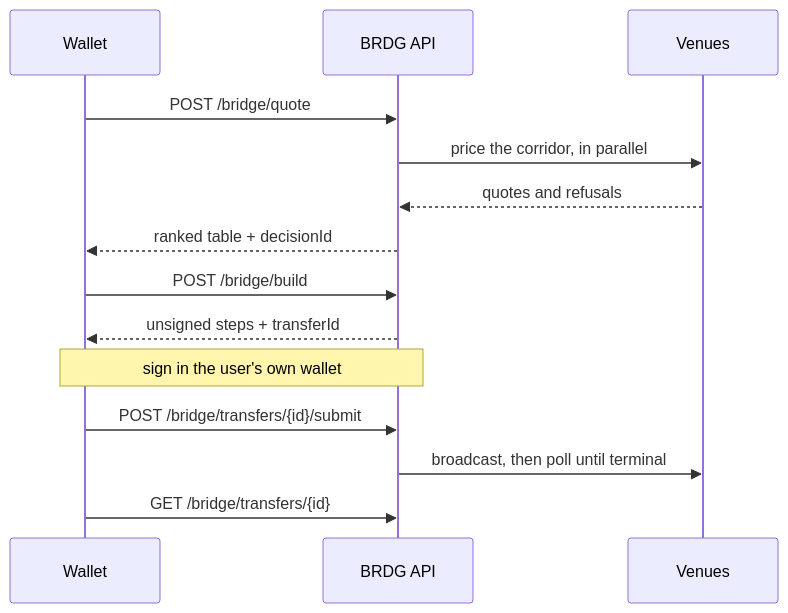
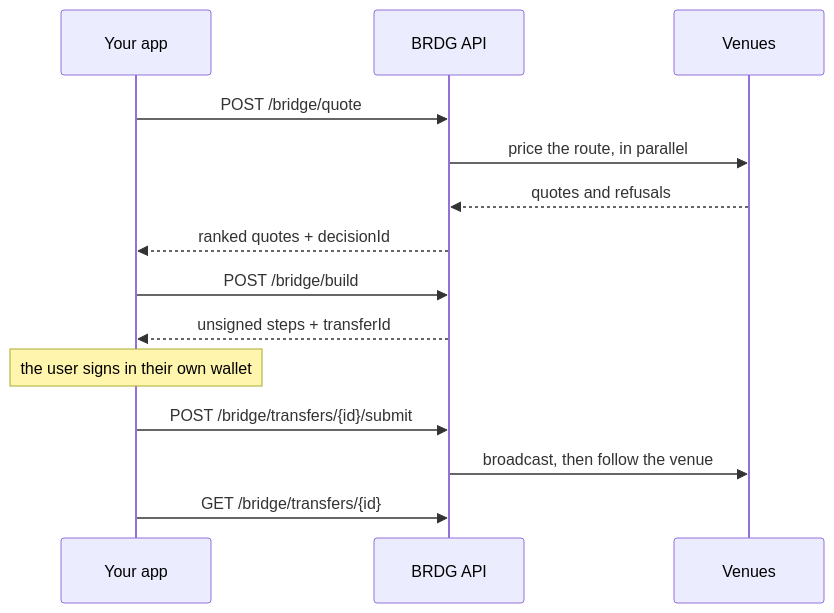
The diagram in how-it-works.mdx (Kernlog/brdg-docs), drawn with Mermaid before and after one commit. The commit also changed other lines of this file and 21 other files, not shown here.

````diff
--- a/how-it-works.mdx
+++ b/how-it-works.mdx
@@ -6,16 +8,16 @@
 ```mermaid
 sequenceDiagram
-    participant W as Wallet
+    participant W as Your app
     participant B as BRDG API
     participant V as Venues
     W->>B: POST /bridge/quote
-    B->>V: price the corridor, in parallel
+    B->>V: price the route, in parallel
     V-->>B: quotes and refusals
-    B-->>W: ranked table + decisionId
+    B-->>W: ranked quotes + decisionId
     W->>B: POST /bridge/build
     B-->>W: unsigned steps + transferId
-    Note over W,B: sign in the user's own wallet
+    Note over W: the user signs in their own wallet
     W->>B: POST /bridge/transfers/{id}/submit
-    B->>V: broadcast, then poll until terminal
+    B->>V: broadcast, then follow the venue
     W->>B: GET /bridge/transfers/{id}
 ```
````
